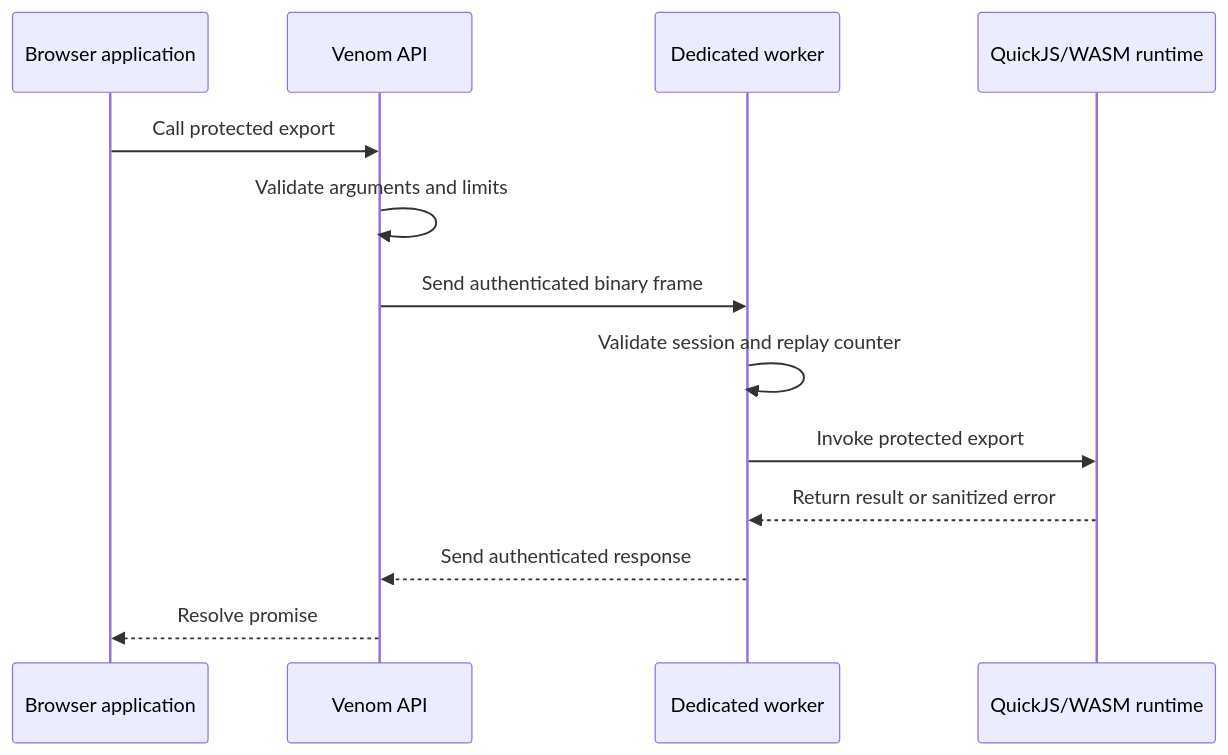
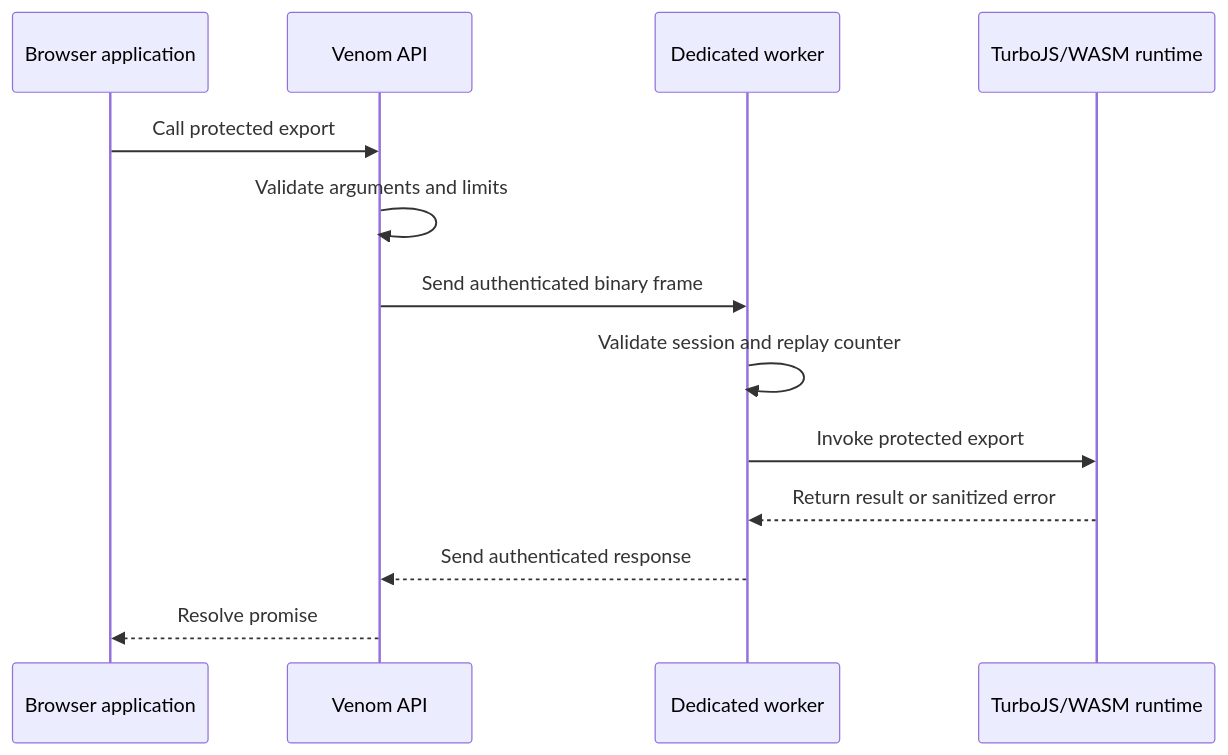
The second of 2 diagrams in README.md (Ascension-Digital-Technologies/Venom), drawn with Mermaid before and after one commit. The commit also changed other lines of this file and 1105 other files, not shown here.

````diff
--- a/README.md
+++ b/README.md
@@ -201,16 +209,16 @@
 ```mermaid
 sequenceDiagram
     participant Browser as Browser application
     participant API as Venom API
     participant Worker as Dedicated worker
-    participant Runtime as QuickJS/WASM runtime
+    participant Runtime as TurboJS/WASM runtime
 
     Browser->>API: Call protected export
     API->>API: Validate arguments and limits
     API->>Worker: Send authenticated binary frame
     Worker->>Worker: Validate session and replay counter
     Worker->>Runtime: Invoke protected export
     Runtime-->>Worker: Return result or sanitized error
     Worker-->>API: Send authenticated response
     API-->>Browser: Resolve promise
 ```
````
